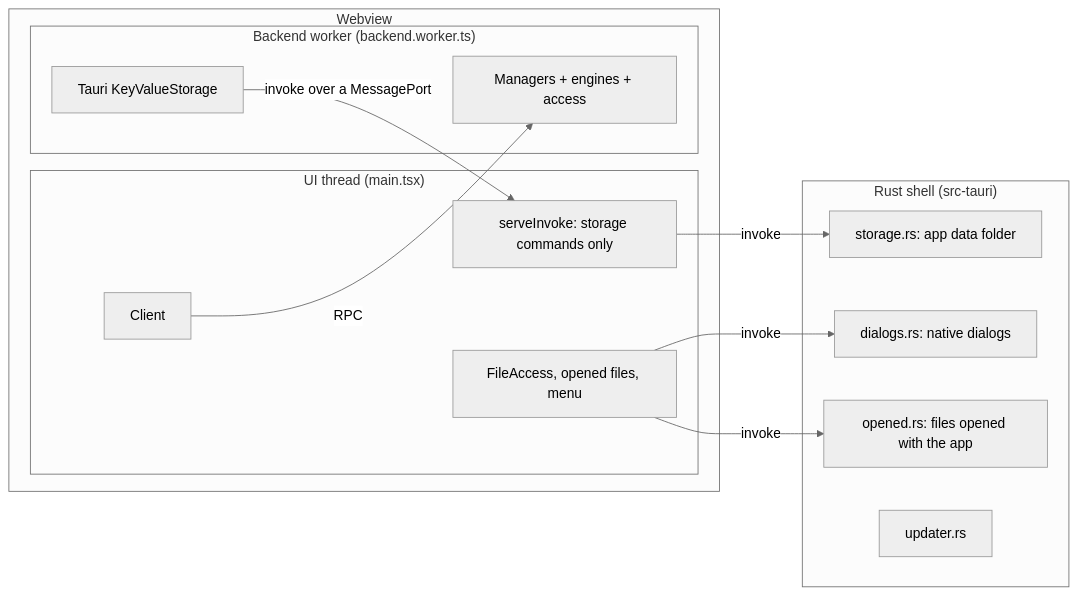
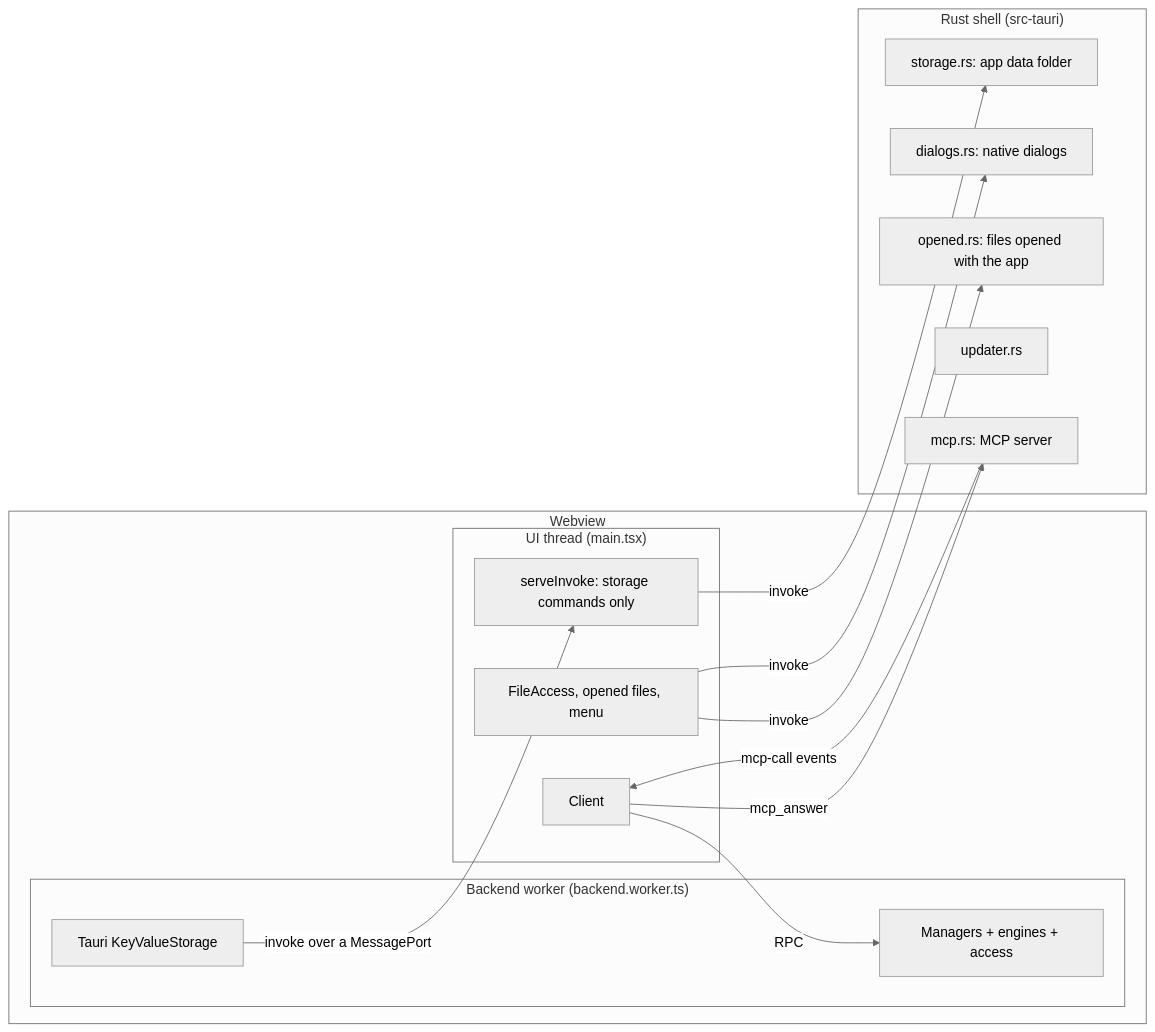
One commit to h3ll5ur7er/carbonara changed the diagram in docs/Architecture/Desktop.md. Above: the diagram before and after it, drawn with Mermaid (neutral theme). The commit also changed other lines of this file and 10 other files, not shown here.

````diff
--- a/docs/Architecture/Desktop.md
+++ b/docs/Architecture/Desktop.md
@@ -30,25 +31,28 @@
 ```mermaid
 flowchart LR
   subgraph Webview
     subgraph UI["UI thread (main.tsx)"]
       client[Client]
       serve[serveInvoke: storage commands only]
       files[FileAccess, opened files, menu]
     end
     subgraph BW["Backend worker (backend.worker.ts)"]
       managers[Managers + engines + access]
       kv[Tauri KeyValueStorage]
     end
   end
   subgraph Rust["Rust shell (src-tauri)"]
     storage[storage.rs: app data folder]
     dialogs[dialogs.rs: native dialogs]
     opened[opened.rs: files opened with the app]
     updater[updater.rs]
+    mcp[mcp.rs: MCP server]
   end
   client -- RPC --> managers
   kv -- "invoke over a MessagePort" --> serve
   serve -- invoke --> storage
   files -- invoke --> dialogs
   files -- invoke --> opened
+  mcp -- "mcp-call events" --> client
+  client -- "mcp_answer" --> mcp
 ```
````
